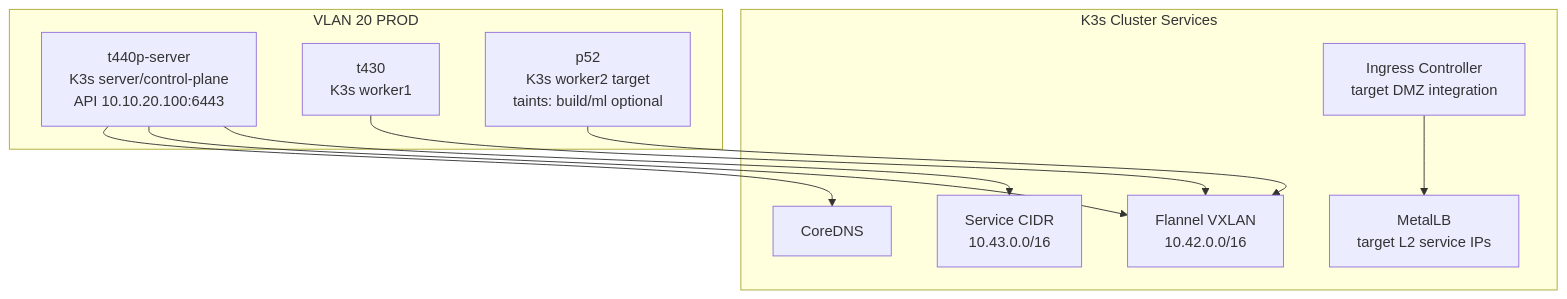
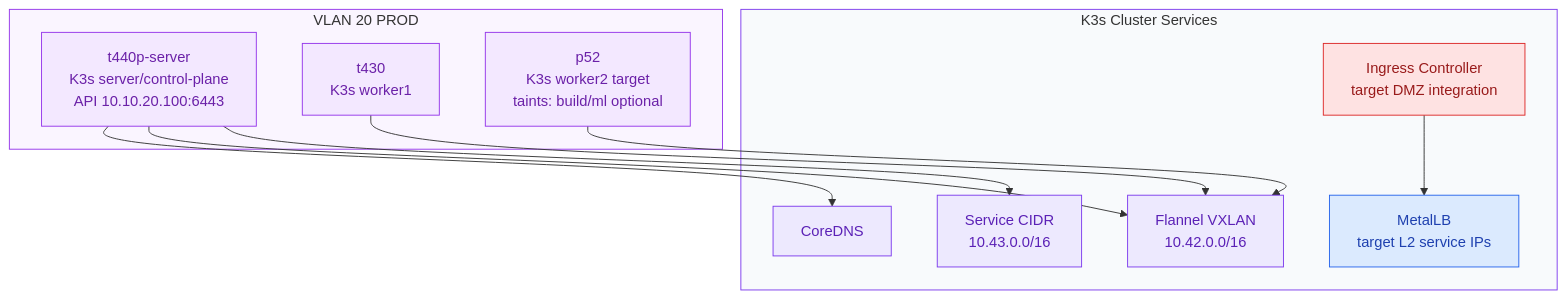
Before and after one commit to Vanguard94-RR/HomeLab: the fourth of 7 diagrams in docs/HomeLab-Enterprise-Architecture.md, drawn with Mermaid. The commit also changed other lines of this file, not shown here.

Commit message:
docs: color architecture diagrams

````diff
--- a/docs/HomeLab-Enterprise-Architecture.md
+++ b/docs/HomeLab-Enterprise-Architecture.md
@@ -239,23 +293,36 @@
 ```mermaid
 flowchart TB
   subgraph vlan20["VLAN 20 PROD"]
     cp["t440p-server<br/>K3s server/control-plane<br/>API 10.10.20.100:6443"]
     w1["t430<br/>K3s worker1"]
     w2["p52<br/>K3s worker2 target<br/>taints: build/ml optional"]
   end
 
   subgraph cluster["K3s Cluster Services"]
     coredns["CoreDNS"]
     flannel["Flannel VXLAN<br/>10.42.0.0/16"]
     svc["Service CIDR<br/>10.43.0.0/16"]
     traefik["Ingress Controller<br/>target DMZ integration"]
     metallb["MetalLB<br/>target L2 service IPs"]
   end
 
   cp --> coredns
   cp --> flannel
   cp --> svc
   w1 --> flannel
   w2 --> flannel
   traefik --> metallb
+
+  classDef node fill:#f3e8ff,stroke:#9333ea,color:#6b21a8
+  classDef k8s fill:#ede9fe,stroke:#7c3aed,color:#5b21b6
+  classDef network fill:#dbeafe,stroke:#2563eb,color:#1e40af
+  classDef security fill:#fee2e2,stroke:#dc2626,color:#991b1b
+
+  class cp,w1,w2 node
+  class coredns,flannel,svc k8s
+  class metallb network
+  class traefik security
+
+  style vlan20 fill:#faf5ff,stroke:#9333ea
+  style cluster fill:#f8fafc,stroke:#7c3aed
 ```
````
